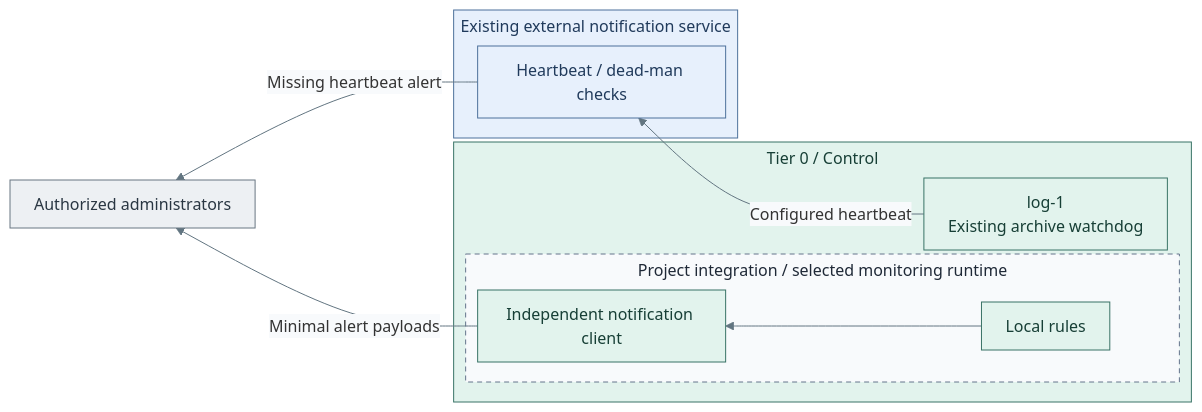
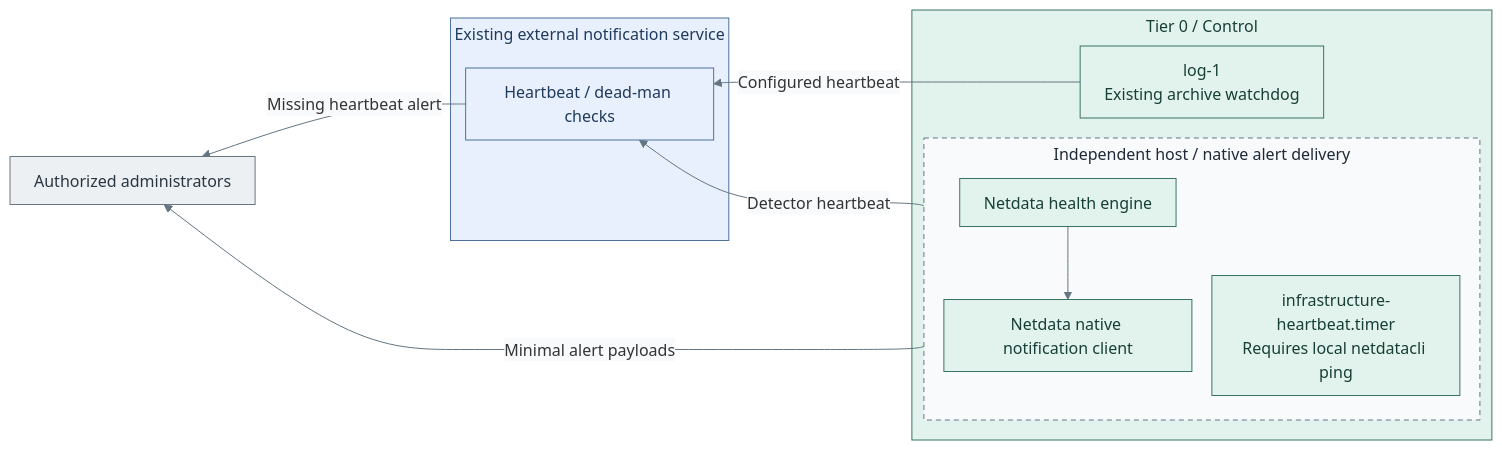
One commit to Rexus/homelab changed the third of 3 diagrams in docs/deployment/stage-6-secrets/monitoring.md. Above: the diagram before and after it, drawn with Mermaid. The commit also changed other lines of this file and 353 other files, not shown here.

````diff
--- a/docs/deployment/stage-6-secrets/monitoring.md
+++ b/docs/deployment/stage-6-secrets/monitoring.md
@@ -112,26 +134,29 @@
 ```mermaid
 %%{init: {"theme":"base","flowchart":{"nodeSpacing":20,"rankSpacing":24,"padding":12,"subGraphTitleMargin":{"top":4,"bottom":12}},"themeVariables":{"lineColor":"#627581","edgeLabelBackground":"#f8fafc"}}}%%
 flowchart RL
   subgraph T0["Tier 0 / Control"]
-    subgraph Project["Project integration / selected monitoring runtime"]
-      Rules["Local rules"] --> Routing["Independent notification client"]
+    subgraph Project["Independent host / native alert delivery"]
+      direction TB
+      Rules["Netdata health engine"] --> Routing["Netdata native notification client"]
+      Heartbeat["infrastructure-heartbeat.timer<br/>Requires local netdatacli ping"]
     end
     Log["log-1<br/>Existing archive watchdog"]
   end
   subgraph External["Existing external notification service"]
     Watch["Heartbeat / dead-man checks"]
   end
   Admin["Authorized administrators"]
   Watch -->|Missing heartbeat alert| Admin
   Routing -->|Minimal alert payloads| Admin
   Log -->|Configured heartbeat| Watch
+  Heartbeat -->|Detector heartbeat| Watch
   classDef default fill:#f8fafc,stroke:#64748b,color:#1f2937
   classDef control fill:#e2f3ed,stroke:#397366,color:#173f36
   classDef actor fill:#edf0f3,stroke:#697682,color:#293642
   classDef services fill:#e7f0fc,stroke:#4d719b,color:#203a5b
   classDef replicas fill:#f8fafc,stroke:#64748b,color:#1f2937,stroke-dasharray:5 4
-  class T0,Rules,Routing,Log control
+  class T0,Rules,Routing,Heartbeat,Log control
   class External,Watch services
   class Admin actor
   class Project replicas
 ```
````
